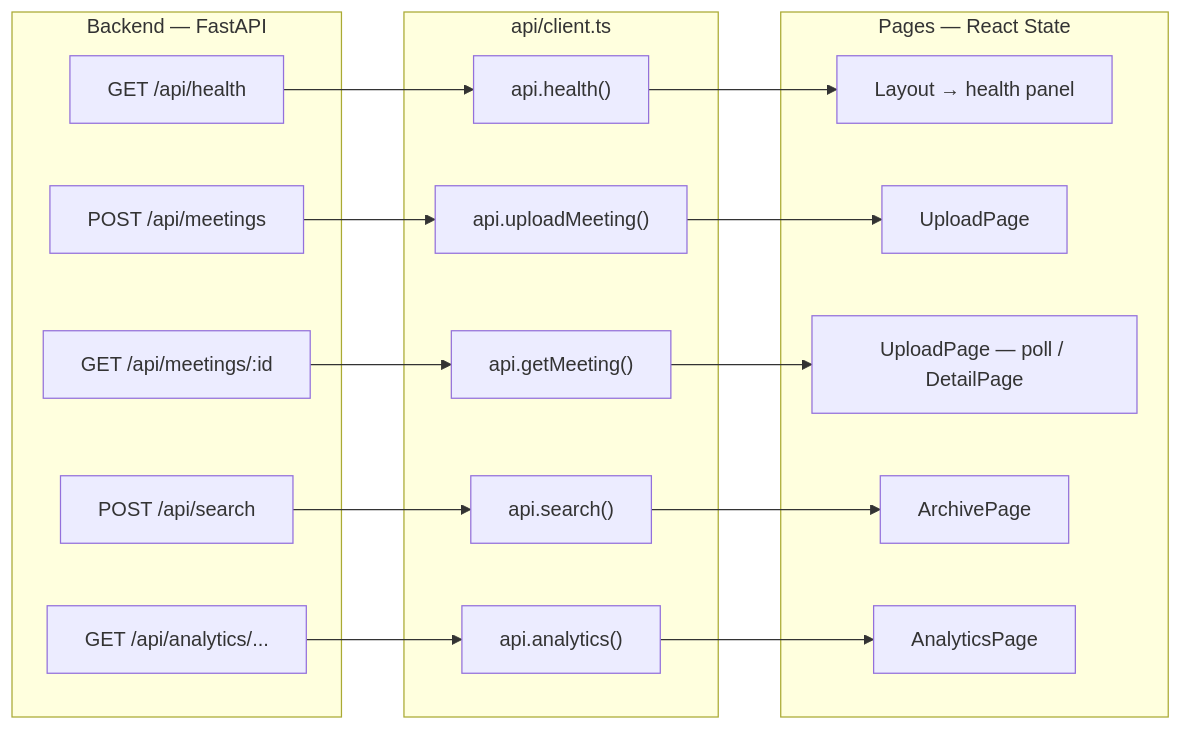
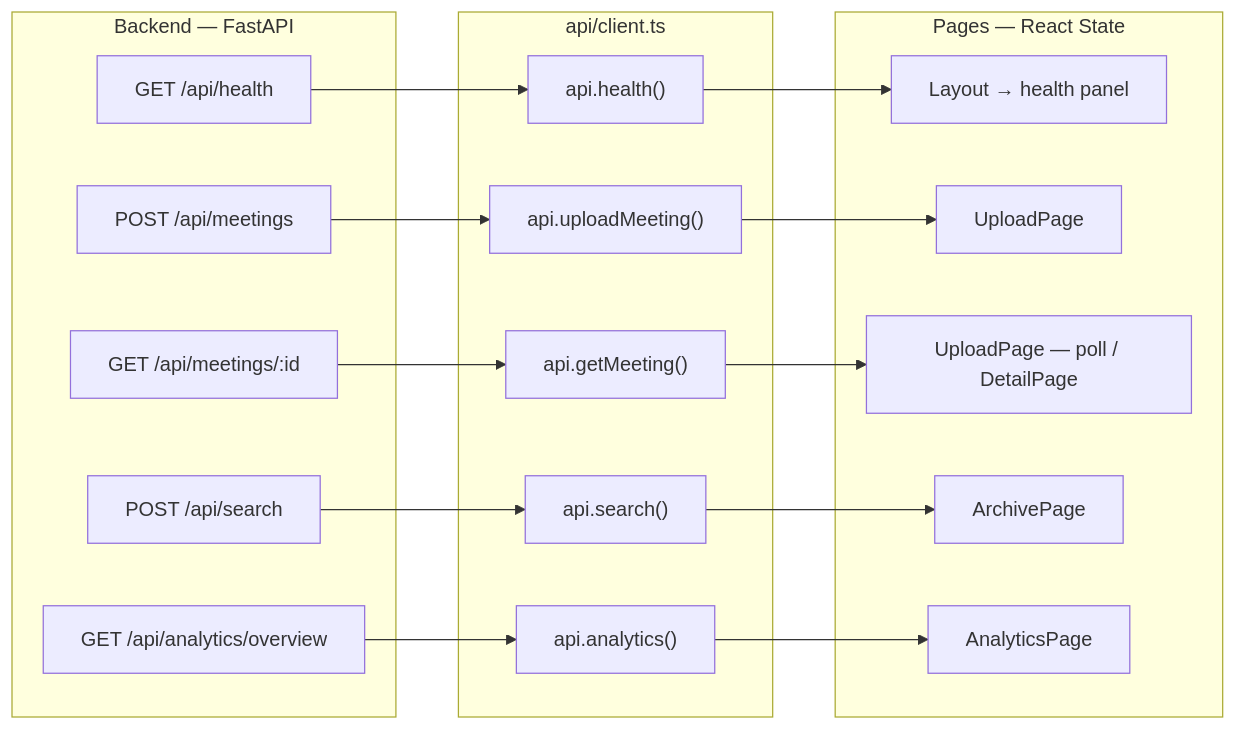
The first of 2 diagrams in docs/FRONTEND_INTERNALS.md (dibyo10/meeting-intelligence-platform), drawn with Mermaid before and after one commit. The commit also changed 2 other files, not shown here.

Commit message:
Address Copilot review comments

````diff
--- a/docs/FRONTEND_INTERNALS.md
+++ b/docs/FRONTEND_INTERNALS.md
@@ -12,32 +12,32 @@
 ```mermaid
 flowchart LR
     subgraph Backend["Backend — FastAPI"]
         E1["GET /api/health"]
         E2["POST /api/meetings"]
         E3["GET /api/meetings/:id"]
         E4["POST /api/search"]
-        E5["GET /api/analytics/..."]
+         E5["GET /api/analytics/overview"]
     end
 
     subgraph Client["api/client.ts"]
         C1["api.health()"]
         C2["api.uploadMeeting()"]
         C3["api.getMeeting()"]
         C4["api.search()"]
         C5["api.analytics()"]
     end
 
     subgraph Pages["Pages — React State"]
         P1["Layout → health panel"]
         P2["UploadPage"]
         P3["UploadPage — poll / DetailPage"]
         P4["ArchivePage"]
         P5["AnalyticsPage"]
     end
 
     E1 --> C1 --> P1
     E2 --> C2 --> P2
     E3 --> C3 --> P3
     E4 --> C4 --> P4
     E5 --> C5 --> P5
 ```
````
